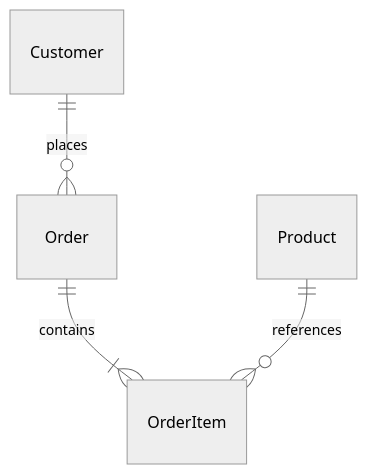
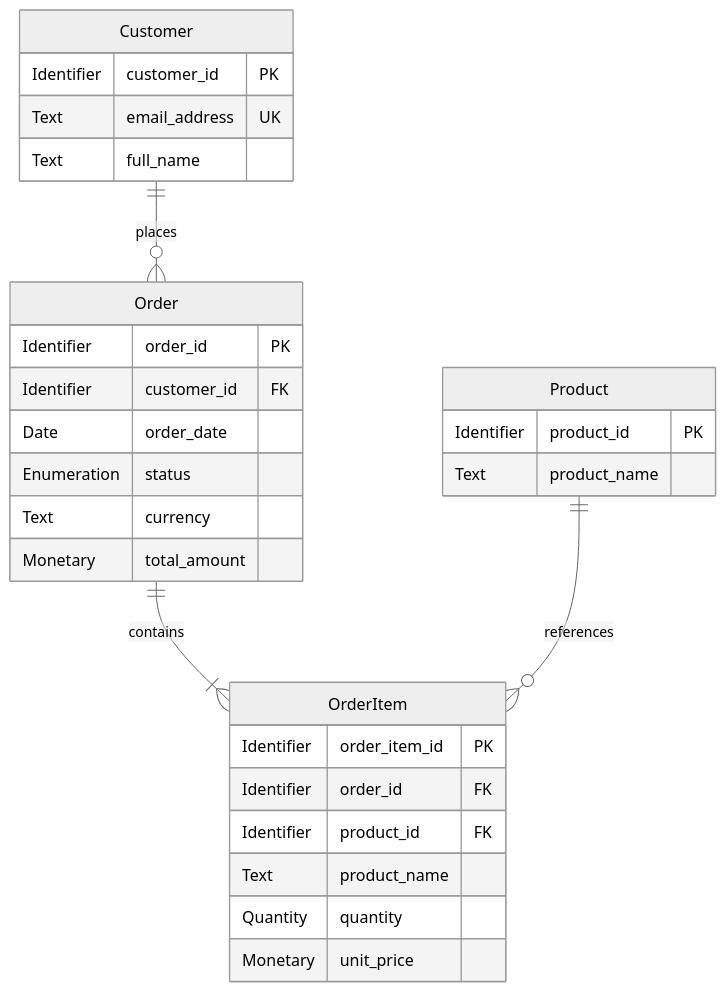
Before and after one commit to lamhq/cheat-sheet: the diagram in docs/se/documentation/examples/data-spec.mdx, drawn with Mermaid (neutral theme). The commit also changed other lines of this file and 11 other files, not shown here.

````diff
--- a/docs/se/documentation/examples/data-spec.mdx
+++ b/docs/se/documentation/examples/data-spec.mdx
@@ -17,6 +17,31 @@
 ```mermaid
 erDiagram
     Customer ||--o{ Order : places
     Order ||--|{ OrderItem : contains
     Product ||--o{ OrderItem : references
+    Customer {
+        Identifier customer_id PK
+        Text email_address UK
+        Text full_name
+    }
+    Order {
+        Identifier order_id PK
+        Identifier customer_id FK
+        Date order_date
+        Enumeration status
+        Text currency
+        Monetary total_amount
+    }
+    OrderItem {
+        Identifier order_item_id PK
+        Identifier order_id FK
+        Identifier product_id FK
+        Text product_name
+        Quantity quantity
+        Monetary unit_price
+    }
+    Product {
+        Identifier product_id PK
+        Text product_name
+    }
 ```
````
